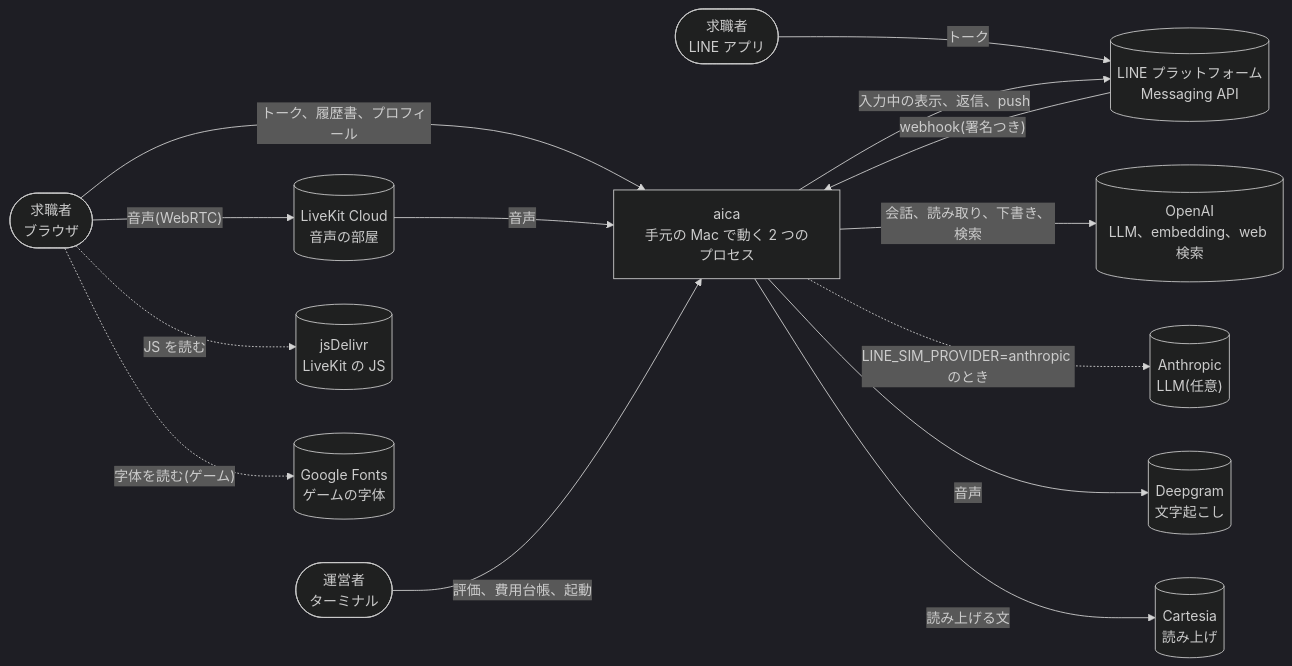
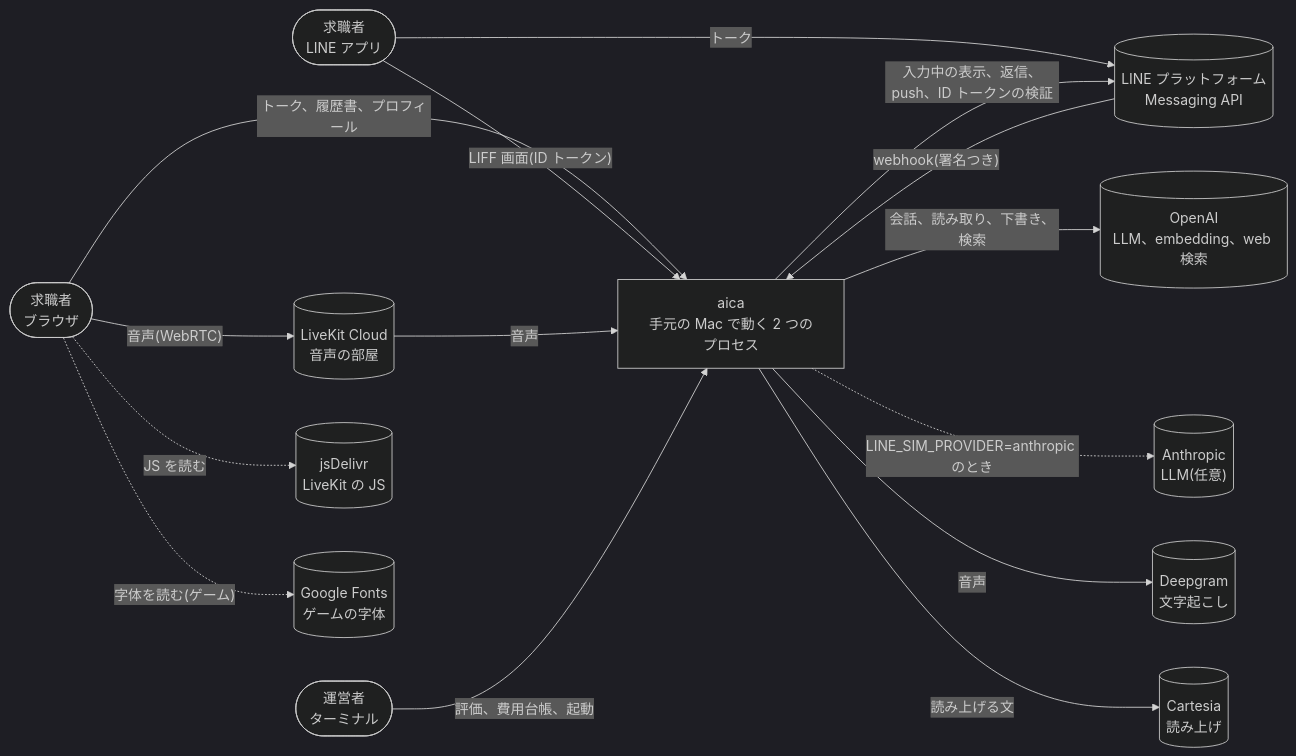
Before and after one commit to jyoka/aica: the first of 12 diagrams in docs/architecture/hld.md, drawn with Mermaid (dark theme). The commit also changed other lines of this file and 6 other files, not shown here.

Commit message:
task 203: aica LIFF (1/3): 本物の LIFF で LINE の本人を決める

````diff
--- a/docs/architecture/hld.md
+++ b/docs/architecture/hld.md
@@ -108,29 +109,30 @@
 ```mermaid
 flowchart LR
     seeker(["求職者<br/>ブラウザ"])
     lineu(["求職者<br/>LINE アプリ"])
     lineapi[("LINE プラットフォーム<br/>Messaging API")]
     op(["運営者<br/>ターミナル"])
     aica["aica<br/>手元の Mac で動く 2 つのプロセス"]
     openai[("OpenAI<br/>LLM、embedding、web 検索")]
     anthropic[("Anthropic<br/>LLM(任意)")]
     livekit[("LiveKit Cloud<br/>音声の部屋")]
     deepgram[("Deepgram<br/>文字起こし")]
     cartesia[("Cartesia<br/>読み上げ")]
     cdn[("jsDelivr<br/>LiveKit の JS")]
     fonts[("Google Fonts<br/>ゲームの字体")]
 
     seeker -- "トーク、履歴書、プロフィール" --> aica
     lineu -- "トーク" --> lineapi
+    lineu -- "LIFF 画面(ID トークン)" --> aica
     lineapi -- "webhook(署名つき)" --> aica
-    aica -- "入力中の表示、返信、push" --> lineapi
+    aica -- "入力中の表示、返信、push、ID トークンの検証" --> lineapi
     seeker -- "音声(WebRTC)" --> livekit
     seeker -. "JS を読む" .-> cdn
     seeker -. "字体を読む(ゲーム)" .-> fonts
     livekit -- "音声" --> aica
     op -- "評価、費用台帳、起動" --> aica
     aica -- "会話、読み取り、下書き、検索" --> openai
     aica -. "LINE_SIM_PROVIDER=anthropic のとき" .-> anthropic
     aica -- "音声" --> deepgram
     aica -- "読み上げる文" --> cartesia
 ```
````
